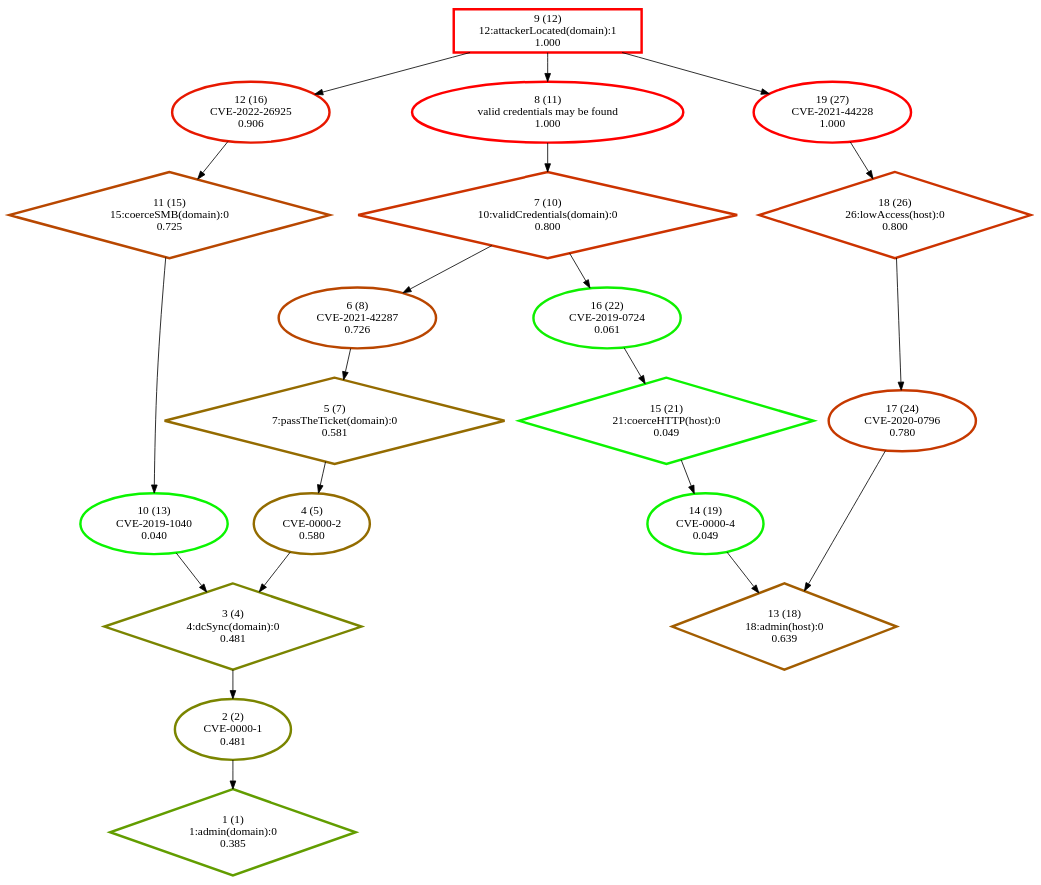
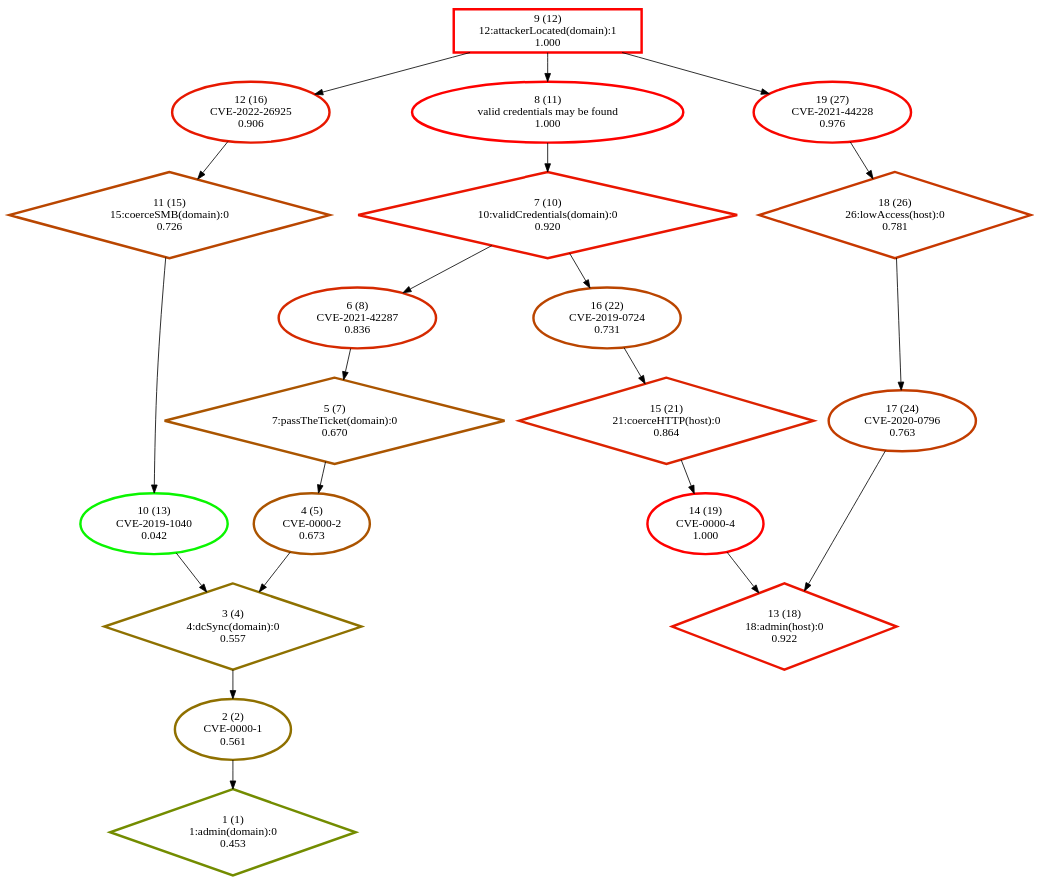
The diagram in Personnal_simulations/output_selection_pour présentation/strongly_connected_components/BAG_ref.dot (NathanaeldeLaChesnais/attacker_profiling_for_BAG_with_honeypots), drawn with Graphviz before and after one commit. The commit also changed 10 other files, not shown here.

```diff
--- a/Personnal_simulations/output_selection_pour présentation/strongly_connected_components/BAG_ref.dot
+++ b/Personnal_simulations/output_selection_pour présentation/strongly_connected_components/BAG_ref.dot
@@ -1,41 +1,41 @@
 digraph G {
-  1 [label="1 (1)\n1:admin(domain):0\n0.385", color="#629D00", penwidth=3, shape="diamond"];
-  2 [label="2 (2)\nCVE-0000-1\n0.481", color="#7A8500", penwidth=3, shape="ellipse"];
-  3 [label="3 (4)\n4:dcSync(domain):0\n0.481", color="#7A8500", penwidth=3, shape="diamond"];
-  4 [label="4 (5)\nCVE-0000-2\n0.580", color="#936C00", penwidth=3, shape="ellipse"];
-  5 [label="5 (7)\n7:passTheTicket(domain):0\n0.581", color="#946B00", penwidth=3, shape="diamond"];
-  6 [label="6 (8)\nCVE-2021-42287\n0.726", color="#B94600", penwidth=3, shape="ellipse"];
-  7 [label="7 (10)\n10:validCredentials(domain):0\n0.800", color="#CC3300", penwidth=3, shape="diamond"];
-  8 [label="8 (11)\nvalid credentials may be found\n1.000", color="#FF0000", penwidth=3, shape="ellipse"];
-  9 [label="9 (12)\n12:attackerLocated(domain):1\n1.000", color="#FF0000", penwidth=3, shape="box"];
-  10 [label="10 (13)\nCVE-2019-1040\n0.040", color="#0AF500", penwidth=3, shape="ellipse"];
-  11 [label="11 (15)\n15:coerceSMB(domain):0\n0.725", color="#B84700", penwidth=3, shape="diamond"];
+  1 [label="1 (1)\n1:admin(domain):0\n0.453", color="#738C00", penwidth=3, shape="diamond"];
+  2 [label="2 (2)\nCVE-0000-1\n0.561", color="#8F7000", penwidth=3, shape="ellipse"];
+  3 [label="3 (4)\n4:dcSync(domain):0\n0.557", color="#8E7100", penwidth=3, shape="diamond"];
+  4 [label="4 (5)\nCVE-0000-2\n0.673", color="#AB5400", penwidth=3, shape="ellipse"];
+  5 [label="5 (7)\n7:passTheTicket(domain):0\n0.670", color="#AA5500", penwidth=3, shape="diamond"];
+  6 [label="6 (8)\nCVE-2021-42287\n0.836", color="#D52A00", penwidth=3, shape="ellipse"];
+  7 [label="7 (10)\n10:validCredentials(domain):0\n0.920", color="#EA1500", penwidth=3, shape="diamond"];
+  8 [label="8 (11)\nvalid credentials may be found\n1.000", color="#FE0100", penwidth=3, shape="ellipse"];
+  9 [label="9 (12)\n12:attackerLocated(domain):1\n1.000", color="#FE0100", penwidth=3, shape="box"];
+  10 [label="10 (13)\nCVE-2019-1040\n0.042", color="#0AF500", penwidth=3, shape="ellipse"];
+  11 [label="11 (15)\n15:coerceSMB(domain):0\n0.726", color="#B94600", penwidth=3, shape="diamond"];
   12 [label="12 (16)\nCVE-2022-26925\n0.906", color="#E71800", penwidth=3, shape="ellipse"];
-  13 [label="13 (18)\n18:admin(host):0\n0.639", color="#A25D00", penwidth=3, shape="diamond"];
-  14 [label="14 (19)\nCVE-0000-4\n0.049", color="#0CF300", penwidth=3, shape="ellipse"];
-  15 [label="15 (21)\n21:coerceHTTP(host):0\n0.049", color="#0CF300", penwidth=3, shape="diamond"];
-  16 [label="16 (22)\nCVE-2019-0724\n0.061", color="#0FF000", penwidth=3, shape="ellipse"];
-  17 [label="17 (24)\nCVE-2020-0796\n0.780", color="#C63900", penwidth=3, shape="ellipse"];
-  18 [label="18 (26)\n26:lowAccess(host):0\n0.800", color="#CC3300", penwidth=3, shape="diamond"];
-  19 [label="19 (27)\nCVE-2021-44228\n1.000", color="#FF0000", penwidth=3, shape="ellipse"];
+  13 [label="13 (18)\n18:admin(host):0\n0.922", color="#EB1400", penwidth=3, shape="diamond"];
+  14 [label="14 (19)\nCVE-0000-4\n1.000", color="#FF0000", penwidth=3, shape="ellipse"];
+  15 [label="15 (21)\n21:coerceHTTP(host):0\n0.864", color="#DC2300", penwidth=3, shape="diamond"];
+  16 [label="16 (22)\nCVE-2019-0724\n0.731", color="#BA4500", penwidth=3, shape="ellipse"];
+  17 [label="17 (24)\nCVE-2020-0796\n0.763", color="#C23D00", penwidth=3, shape="ellipse"];
+  18 [label="18 (26)\n26:lowAccess(host):0\n0.781", color="#C73800", penwidth=3, shape="diamond"];
+  19 [label="19 (27)\nCVE-2021-44228\n0.976", color="#F80700", penwidth=3, shape="ellipse"];
   "9" -> "8";
   "9" -> "12";
   "9" -> "19";
   "8" -> "7";
   "7" -> "6";
   "7" -> "16";
   "6" -> "5";
   "5" -> "4";
   "4" -> "3";
   "3" -> "2";
   "12" -> "11";
   "11" -> "10";
   "10" -> "3";
   "2" -> "1";
   "16" -> "15";
   "15" -> "14";
   "14" -> "13";
   "19" -> "18";
   "18" -> "17";
   "17" -> "13";
 }
```
